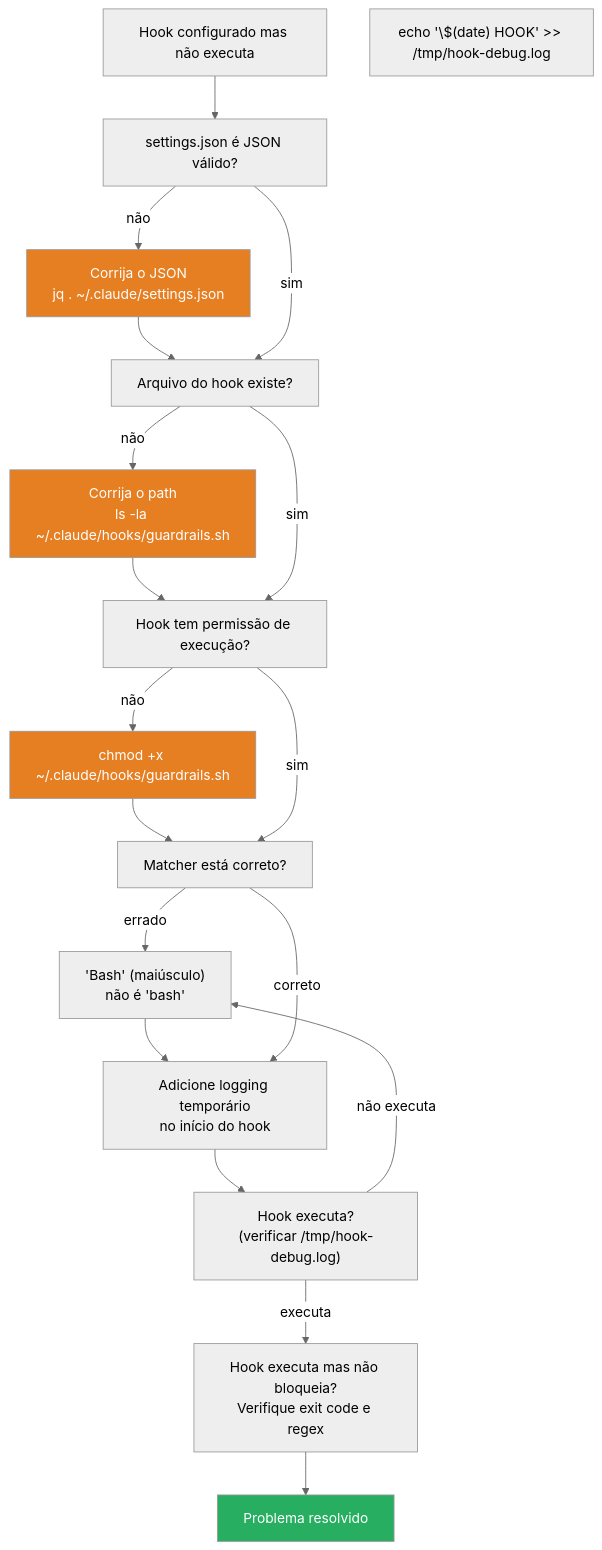
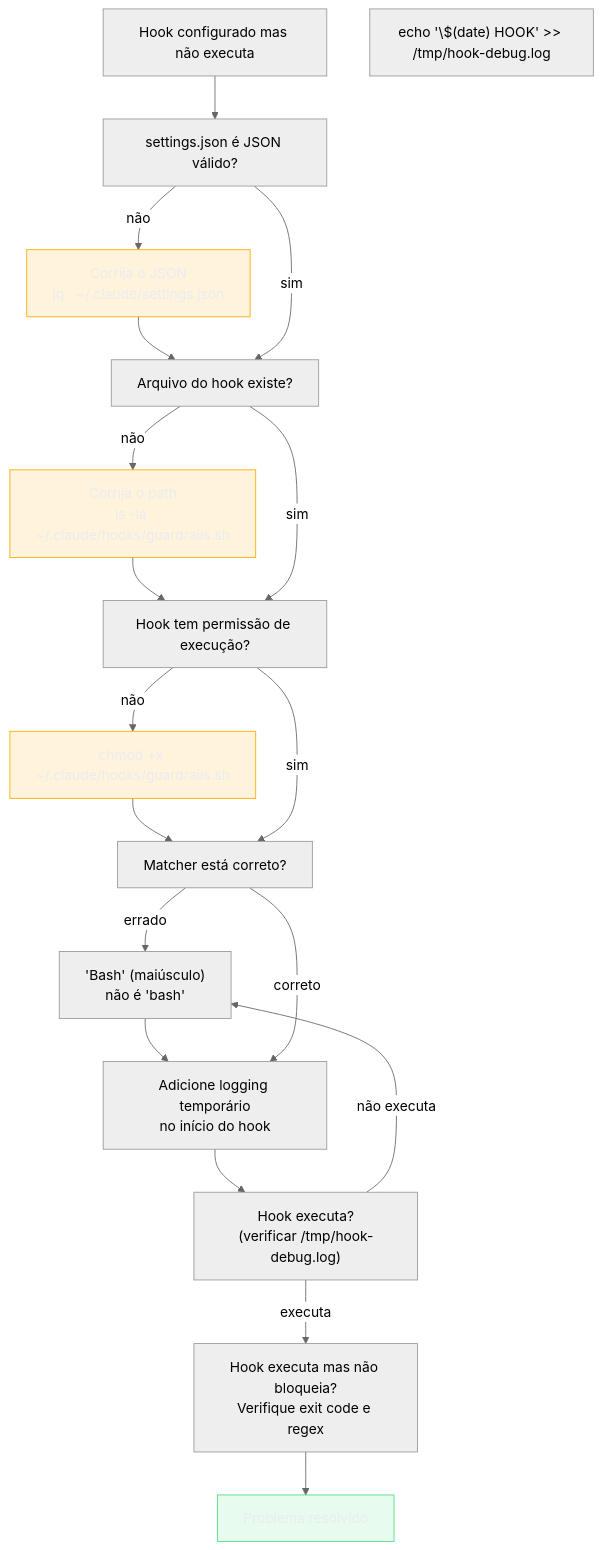
One commit to josenaldo/codex-technomanticus changed the diagram in 03-Dominios/Tecnologia/IA/Claude Code/Hooks e Guardrails/08 - Testando hooks.md. Above: the diagram before and after it, drawn with Mermaid (neutral theme). The commit also changed 1181 other files, not shown here.

First line of the commit message:
fix(diagramas): paleta do sistema no lugar de cor cravada no markdown

````diff
--- a/03-Dominios/Tecnologia/IA/Claude Code/Hooks e Guardrails/08 - Testando hooks.md
+++ b/03-Dominios/Tecnologia/IA/Claude Code/Hooks e Guardrails/08 - Testando hooks.md
@@ -305,43 +305,45 @@
 ```mermaid
 flowchart TD
+    classDef ok fill:#4ADE8021,stroke:#4ADE80,color:#E9ECF2
+    classDef destaque fill:#FFAA0024,stroke:#FFAA00,color:#E9ECF2
     Start["Hook configurado mas não executa"]
 
     A["settings.json é JSON válido?"]
     A_fix["Corrija o JSON\njq . ~/.claude/settings.json"]
 
     B["Arquivo do hook existe?"]
     B_fix["Corrija o path\nls -la ~/.claude/hooks/guardrails.sh"]
 
     C["Hook tem permissão de execução?"]
     C_fix["chmod +x ~/.claude/hooks/guardrails.sh"]
 
     D["Matcher está correto?"]
     D_note["'Bash' (maiúsculo)\nnão é 'bash'"]
 
     E["Adicione logging temporário\nno início do hook"]
     E_note["echo '\$(date) HOOK' >> /tmp/hook-debug.log"]
 
     F["Hook executa?\n(verificar /tmp/hook-debug.log)"]
 
     G["Hook executa mas não bloqueia?\nVerifique exit code e regex"]
     H["Problema resolvido"]
 
     Start --> A
     A -- "não" --> A_fix --> B
     A -- "sim" --> B
     B -- "não" --> B_fix --> C
     B -- "sim" --> C
     C -- "não" --> C_fix --> D
     C -- "sim" --> D
     D -- "errado" --> D_note --> E
     D -- "correto" --> E
     E --> F
     F -- "não executa" --> D_note
     F -- "executa" --> G
     G --> H
 
-    style H fill:#27ae60,color:#fff
-    style A_fix fill:#e67e22,color:#fff
-    style B_fix fill:#e67e22,color:#fff
-    style C_fix fill:#e67e22,color:#fff
+    class H ok
+    class A_fix destaque
+    class B_fix destaque
+    class C_fix destaque
 ```
````
